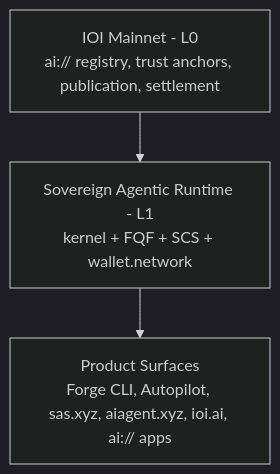
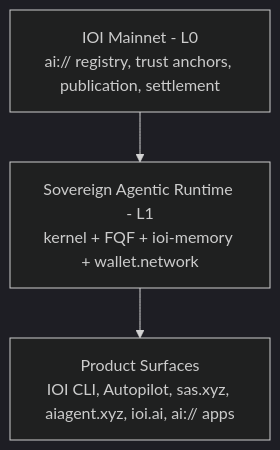
The first of 2 diagrams in README.md (ioi-foundation/ioi), drawn with Mermaid (dark theme) before and after one commit. The commit also changed other lines of this file and 203 other files, not shown here.

First line of the commit message:
feat: replace SCS with ioi-memory across runtime, harnesses, and docs

````diff
--- a/README.md
+++ b/README.md
@@ -81,9 +81,9 @@
 ```mermaid
 graph TD
     L0[IOI Mainnet - L0<br/>ai:// registry, trust anchors, publication, settlement]
-    L1[Sovereign Agentic Runtime - L1<br/>kernel + FQF + SCS + wallet.network]
-    UI[Product Surfaces<br/>Forge CLI, Autopilot, sas.xyz, aiagent.xyz, ioi.ai, ai:// apps]
+    L1[Sovereign Agentic Runtime - L1<br/>kernel + FQF + ioi-memory + wallet.network]
+    UI[Product Surfaces<br/>IOI CLI, Autopilot, sas.xyz, aiagent.xyz, ioi.ai, ai:// apps]
 
     L0 --> L1
     L1 --> UI
 ```
````
